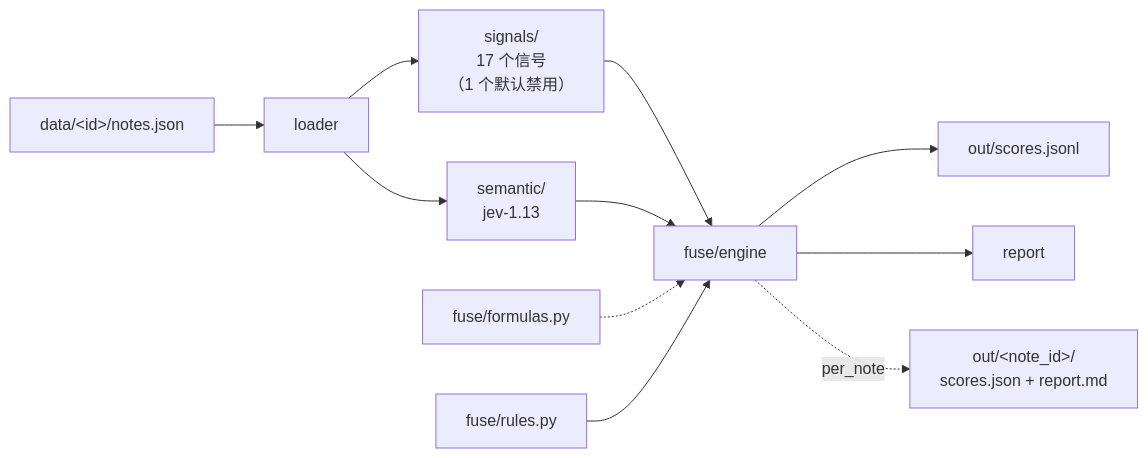
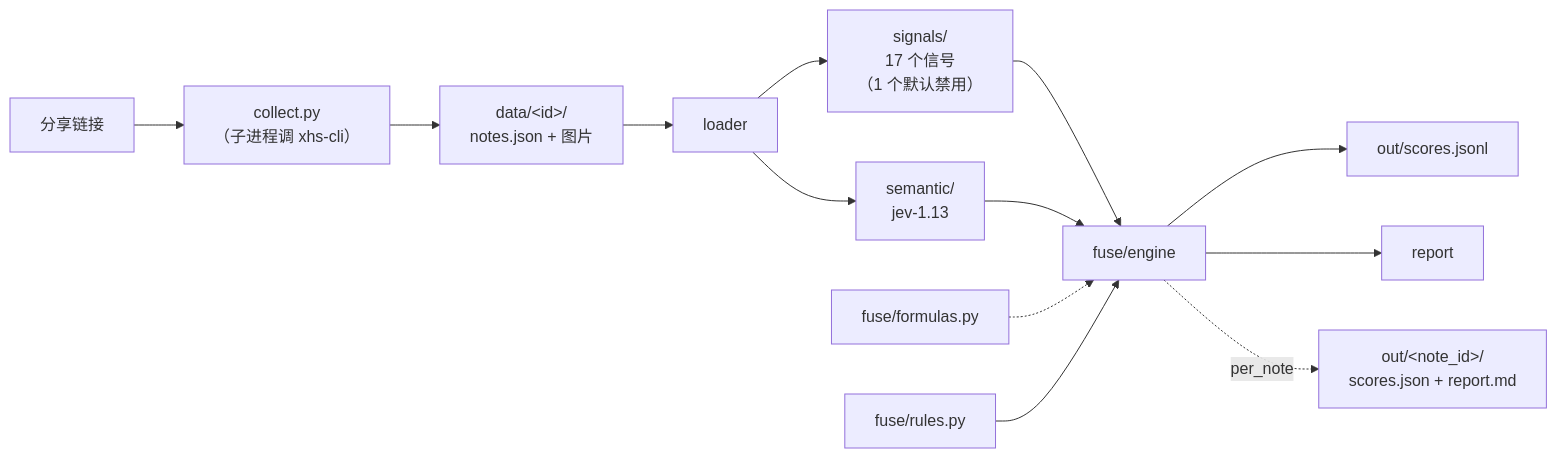
One commit to Nolan180940/Loreal changed the diagram in jev2/README.md. Above: the diagram before and after it, drawn with Mermaid. The commit also changed other lines of this file and 13 other files, not shown here.

````diff
--- a/jev2/README.md
+++ b/jev2/README.md
@@ -140,13 +185,15 @@
 ```mermaid
 graph LR
-    A["data/&lt;id&gt;/notes.json"] --> B[loader]
+    L["分享链接"] --> CO["collect.py<br/>（子进程调 xhs-cli）"]
+    CO --> A["data/&lt;id&gt;/<br/>notes.json + 图片"]
+    A --> B[loader]
     B --> C["signals/<br/>17 个信号<br/>（1 个默认禁用）"]
     B --> D["semantic/<br/>jev-1.13"]
     C --> E[fuse/engine]
     D --> E
     F["fuse/formulas.py"] -.-> E
     G["fuse/rules.py"] --> E
     E --> H["out/scores.jsonl"]
     E --> I[report]
     E -.per_note.-> J["out/&lt;note_id&gt;/<br/>scores.json + report.md"]
 ```
````
